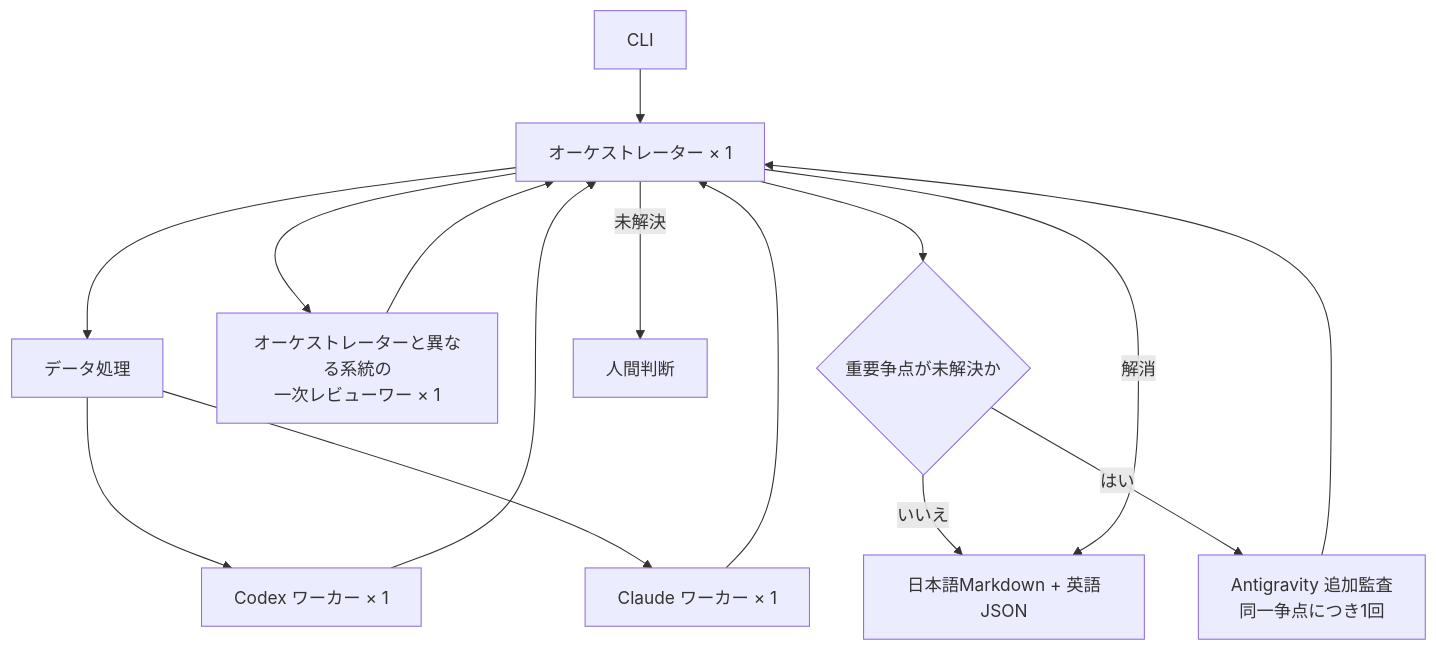
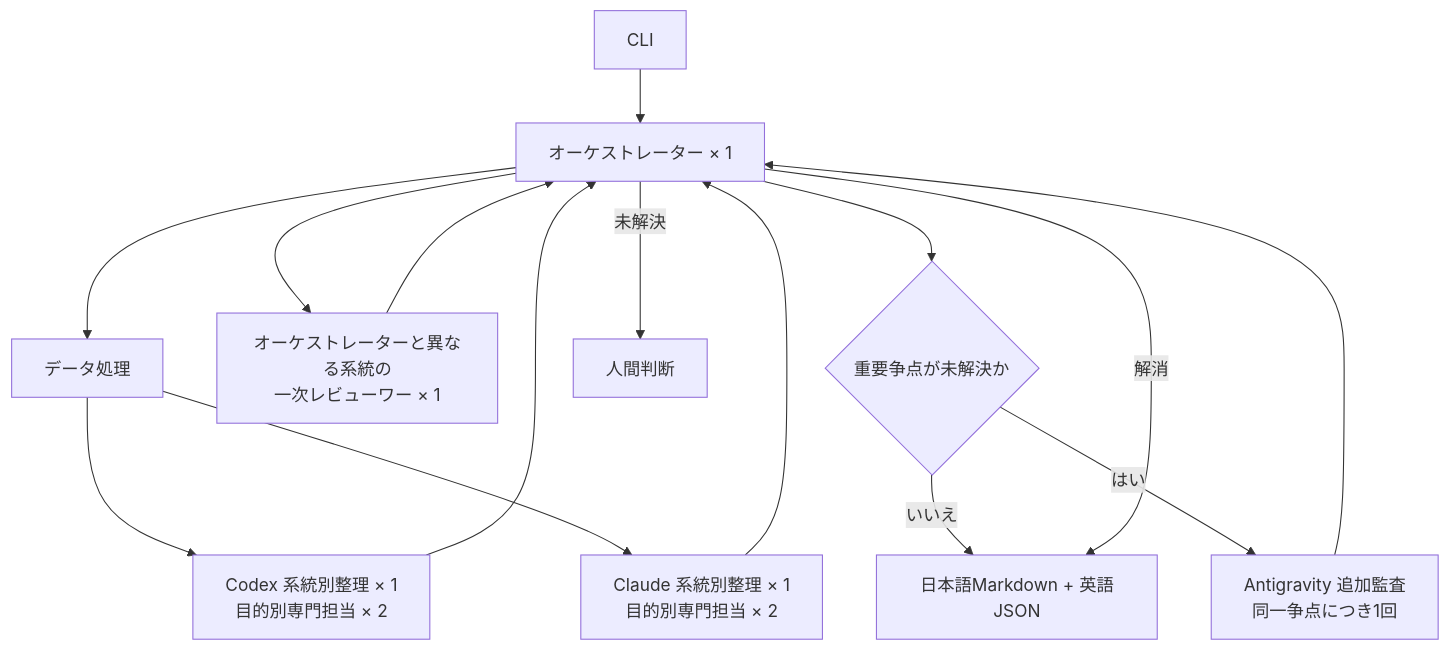
One commit to toike08D17012/system-trade-with-llm-orchestrator changed diagram 11 of 11 in docs/design/03-stock-research-system-architecture.md. Above: the diagram before and after it, drawn with Mermaid. The commit also changed other lines of this file and 190 other files, not shown here.

Commit message:
Add configured stock research workflows and stable schema paths

````diff
--- a/docs/design/03-stock-research-system-architecture.md
+++ b/docs/design/03-stock-research-system-architecture.md
@@ -1119,28 +1156,28 @@
 ```mermaid
 flowchart TB
     CLI["CLI"]
     O["オーケストレーター × 1"]
     D["データ処理"]
-    C["Codex ワーカー × 1"]
-    A["Claude ワーカー × 1"]
+    C["Codex 系統別整理 × 1<br/>目的別専門担当 × 2"]
+    A["Claude 系統別整理 × 1<br/>目的別専門担当 × 2"]
     R["オーケストレーターと異なる系統の<br/>一次レビューワー × 1"]
     Q{"重要争点が未解決か"}
     G["Antigravity 追加監査<br/>同一争点につき1回"]
     F["日本語Markdown + 英語JSON"]
     H["人間判断"]
 
     CLI --> O
     O --> D
     D --> C
     D --> A
     C --> O
     A --> O
     O --> R
     R --> O
     O --> Q
     Q -->|いいえ| F
     Q -->|はい| G
     G --> O
     O -->|解消| F
     O -->|未解決| H
 ```
````
